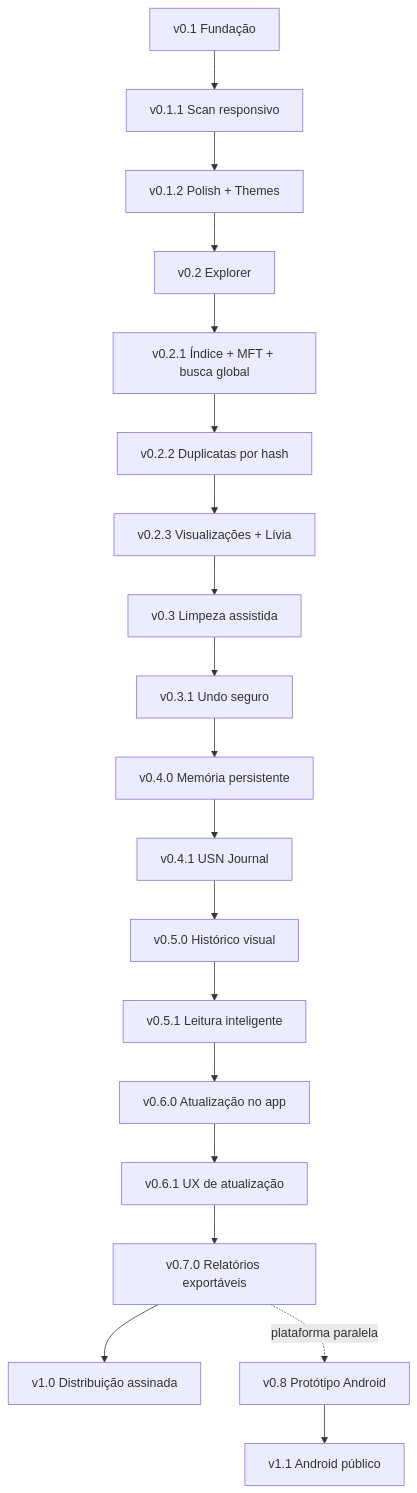
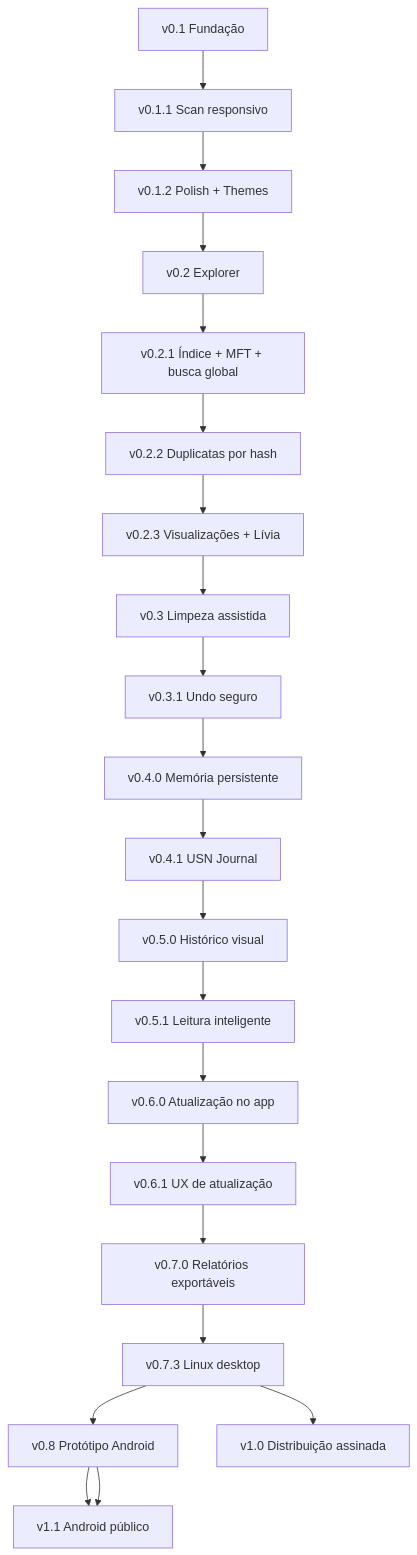
Before and after one commit to tombemol/L.I.V.I.A: diagram 11 of 11 in README.md, drawn with Mermaid. The commit also changed other lines of this file, not shown here.

Commit message:
docs: documentar suporte Linux da v0.7.3

````diff
--- a/README.md
+++ b/README.md
@@ -589,21 +610,23 @@
 ```mermaid
 flowchart TD
     A[v0.1 Fundação] --> B[v0.1.1 Scan responsivo]
     B --> C[v0.1.2 Polish + Themes]
     C --> D[v0.2 Explorer]
     D --> E[v0.2.1 Índice + MFT + busca global]
     E --> F[v0.2.2 Duplicatas por hash]
     F --> V[v0.2.3 Visualizações + Lívia]
     V --> G[v0.3 Limpeza assistida]
     G --> U[v0.3.1 Undo seguro]
     U --> M[v0.4.0 Memória persistente]
     M --> H[v0.4.1 USN Journal]
     H --> V5[v0.5.0 Histórico visual]
     V5 --> V51[v0.5.1 Leitura inteligente]
     V51 --> V6[v0.6.0 Atualização no app]
     V6 --> V61[v0.6.1 UX de atualização]
     V61 --> V7[v0.7.0 Relatórios exportáveis]
-    V7 --> I[v1.0 Distribuição assinada]
-    V7 -. plataforma paralela .-> V8[v0.8 Protótipo Android]
+    V7 --> V73[v0.7.3 Linux desktop]
+    V73 --> V8[v0.8 Protótipo Android]
+    V73 --> I[v1.0 Distribuição assinada]
+    V8 --> V11[v1.1 Android público]
     V8 --> V11[v1.1 Android público]
 ```
````
